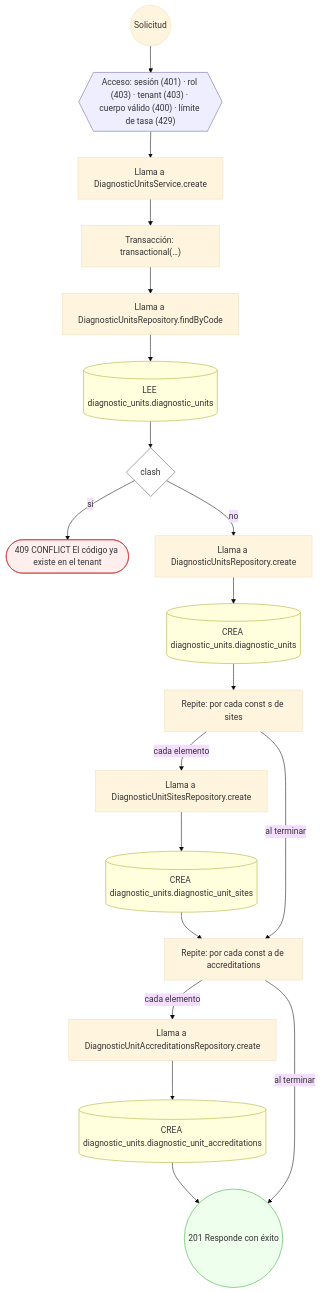
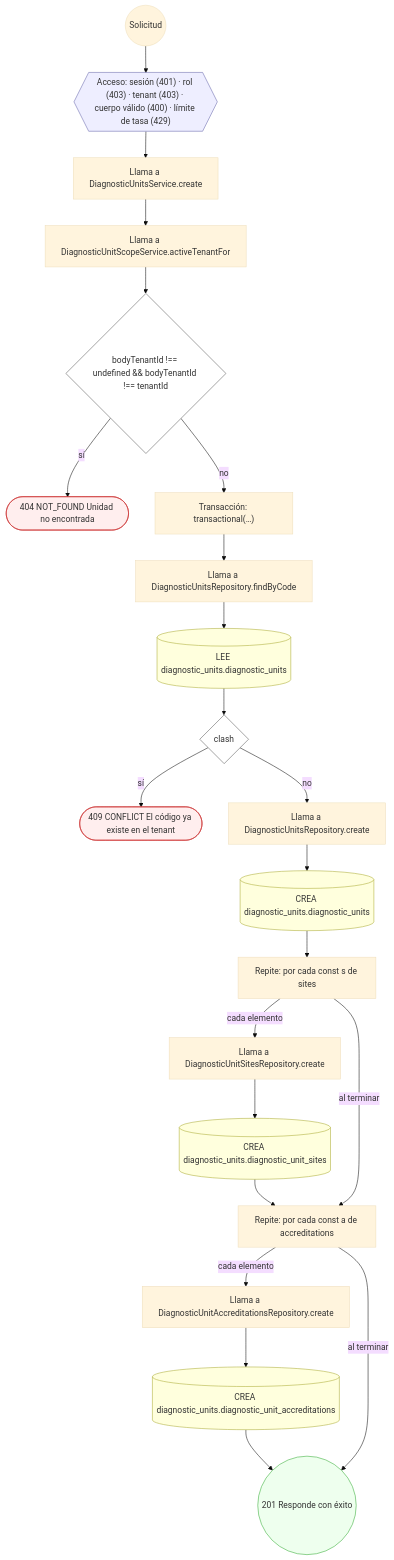
One commit to mdavila-2001/mantra-core-health-api changed the seventh of 19 diagrams in docs/inventario/flujos/diagnostic_units.md. Above: the diagram before and after it, drawn with Mermaid (base theme). The commit also changed other lines of this file and 438 other files, not shown here.

````diff
--- a/docs/inventario/flujos/diagnostic_units.md
+++ b/docs/inventario/flujos/diagnostic_units.md
@@ -558,44 +547,50 @@
 ```mermaid
 flowchart TD
   n1(("Solicitud")):::inicio
   n2{{"Acceso: sesión (401) · rol (403) · tenant (403) · cuerpo válido (400) · límite de tasa (429)"}}:::acceso
   n1 --> n2
   n3["Llama a DiagnosticUnitsService.create"]:::llamada
   n2 --> n3
-  n4["Transacción: transactional(…)"]:::transaccion
+  n4["Llama a DiagnosticUnitScopeService.activeTenantFor"]:::llamada
   n3 --> n4
-  n5["Llama a DiagnosticUnitsRepository.findByCode"]:::llamada
+  n5{"bodyTenantId !== undefined && bodyTenantId !== tenantId"}:::decision
   n4 --> n5
-  n6[("LEE diagnostic_units.diagnostic_units")]:::efecto
-  n5 --> n6
-  n7{"clash"}:::decision
-  n6 --> n7
-  n8(["409 CONFLICT El código ya existe en el tenant"]):::error
-  n7 -->|"sí"| n8
-  n9["Llama a DiagnosticUnitsRepository.create"]:::llamada
-  n7 -->|"no"| n9
-  n10[("CREA diagnostic_units.diagnostic_units")]:::efecto
+  n6(["404 NOT_FOUND Unidad no encontrada"]):::error
+  n5 -->|"sí"| n6
+  n7["Transacción: transactional(…)"]:::transaccion
+  n5 -->|"no"| n7
+  n8["Llama a DiagnosticUnitsRepository.findByCode"]:::llamada
+  n7 --> n8
+  n9[("LEE diagnostic_units.diagnostic_units")]:::efecto
+  n8 --> n9
+  n10{"clash"}:::decision
   n9 --> n10
-  n11["Repite: por cada const s de sites"]:::bucle
-  n10 --> n11
-  n12["Llama a DiagnosticUnitSitesRepository.create"]:::llamada
-  n11 -->|"cada elemento"| n12
-  n13[("CREA diagnostic_units.diagnostic_unit_sites")]:::efecto
+  n11(["409 CONFLICT El código ya existe en el tenant"]):::error
+  n10 -->|"sí"| n11
+  n12["Llama a DiagnosticUnitsRepository.create"]:::llamada
+  n10 -->|"no"| n12
+  n13[("CREA diagnostic_units.diagnostic_units")]:::efecto
   n12 --> n13
-  n14["Repite: por cada const a de accreditations"]:::bucle
+  n14["Repite: por cada const s de sites"]:::bucle
   n13 --> n14
-  n11 -->|"al terminar"| n14
-  n15["Llama a DiagnosticUnitAccreditationsRepository.create"]:::llamada
+  n15["Llama a DiagnosticUnitSitesRepository.create"]:::llamada
   n14 -->|"cada elemento"| n15
-  n16[("CREA diagnostic_units.diagnostic_unit_accreditations")]:::efecto
+  n16[("CREA diagnostic_units.diagnostic_unit_sites")]:::efecto
   n15 --> n16
-  n17(("201 Responde con éxito")):::ok
+  n17["Repite: por cada const a de accreditations"]:::bucle
   n16 --> n17
   n14 -->|"al terminar"| n17
+  n18["Llama a DiagnosticUnitAccreditationsRepository.create"]:::llamada
+  n17 -->|"cada elemento"| n18
+  n19[("CREA diagnostic_units.diagnostic_unit_accreditations")]:::efecto
+  n18 --> n19
+  n20(("201 Responde con éxito")):::ok
+  n19 --> n20
+  n17 -->|"al terminar"| n20
   classDef acceso fill:#eef,stroke:#66a
   classDef error fill:#fee,stroke:#c33
   classDef ok fill:#efe,stroke:#3a3
   classDef efecto fill:#ffd,stroke:#aa3
   classDef decision fill:#fff,stroke:#555
   classDef corte fill:#eee,stroke:#999,stroke-dasharray: 4
 ```
````
